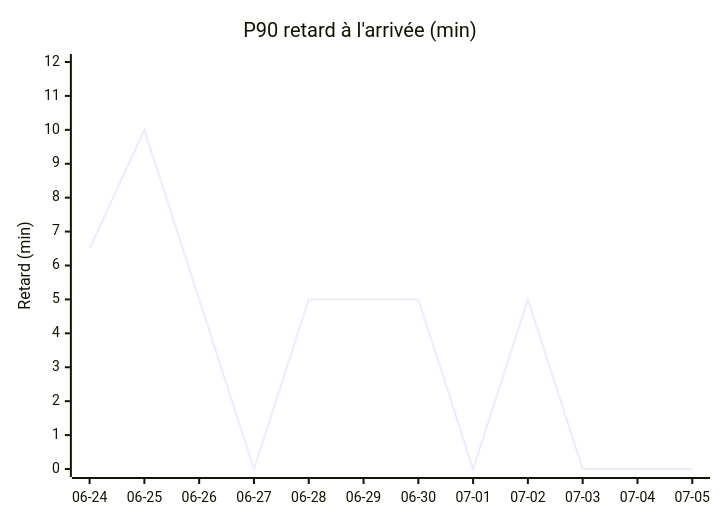
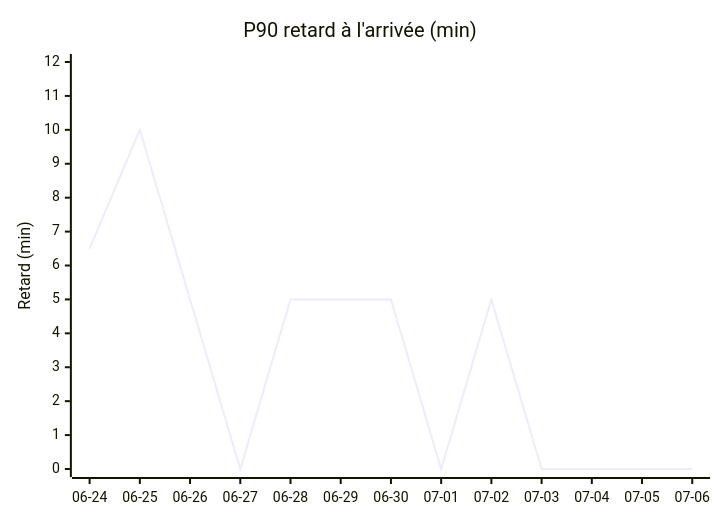
Before and after one commit to antoinerep/horaire-ter: the first of 4 diagrams in STATS.md, drawn with Mermaid. The commit also changed other lines of this file and 1 other file, not shown here.

````diff
--- a/STATS.md
+++ b/STATS.md
@@ -29,7 +29,7 @@
 ```mermaid
 xychart-beta
     title "P90 retard à l'arrivée (min)"
-    x-axis ["06-24", "06-25", "06-26", "06-27", "06-28", "06-29", "06-30", "07-01", "07-02", "07-03", "07-04", "07-05"]
+    x-axis ["06-24", "06-25", "06-26", "06-27", "06-28", "06-29", "06-30", "07-01", "07-02", "07-03", "07-04", "07-05", "07-06"]
     y-axis "Retard (min)" 0 --> 12
-    line [6.5, 10.0, 5.0, 0.0, 5.0, 5.0, 5.0, 0.0, 5.0, 0.0, 0.0, 0.0]
+    line [6.5, 10.0, 5.0, 0.0, 5.0, 5.0, 5.0, 0.0, 5.0, 0.0, 0.0, 0.0, 0.0]
 ```
````
